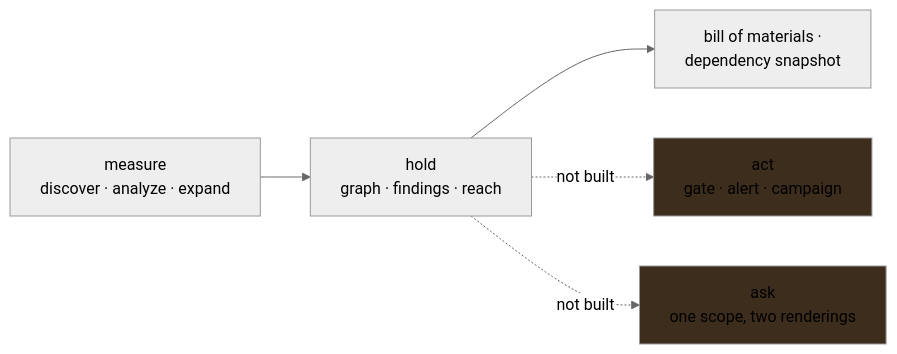
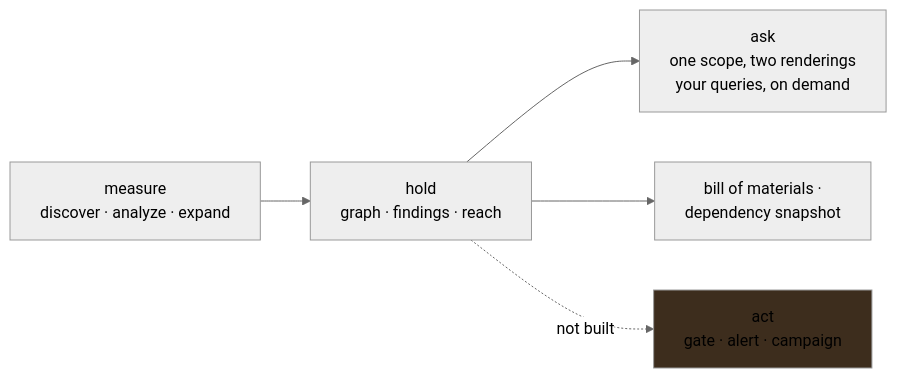
The diagram in docs/roadmap.md (advanced-security/codeql-abom), drawn with Mermaid (neutral theme) before and after one commit. The commit also changed other lines of this file and 81 other files, not shown here.

````diff
--- a/docs/roadmap.md
+++ b/docs/roadmap.md
@@ -14,9 +16,8 @@
 ```mermaid
 flowchart LR
   MEAS["measure<br/>discover · analyze · expand"] --> HOLD["hold<br/>graph · findings · reach"]
+  HOLD --> ASK["ask<br/>one scope, two renderings<br/>your queries, on demand"]
   HOLD --> OUT["bill of materials ·<br/>dependency snapshot"]
   HOLD -. "not built" .-> ACT["act<br/>gate · alert · campaign"]
-  HOLD -. "not built" .-> ASK["ask<br/>one scope, two renderings"]
   style ACT fill:#3d2d1d
-  style ASK fill:#3d2d1d
 ```
````
